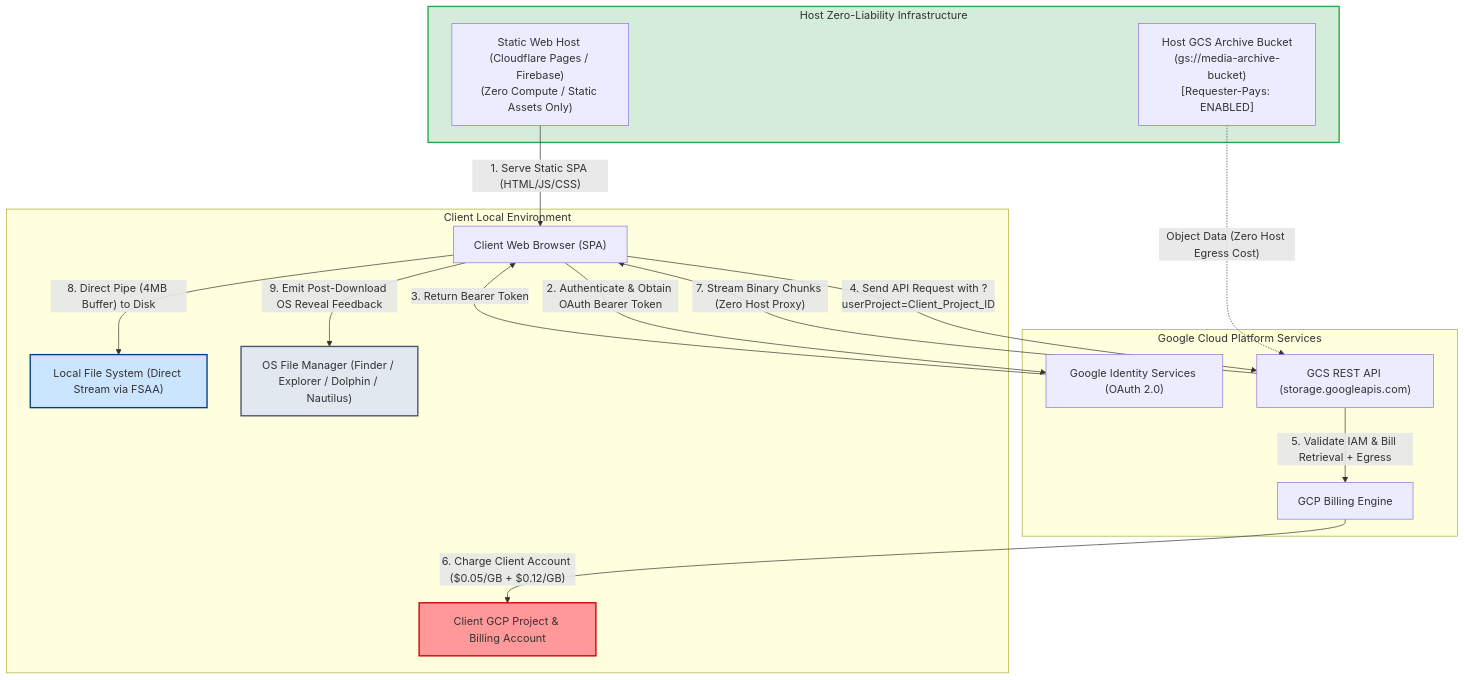
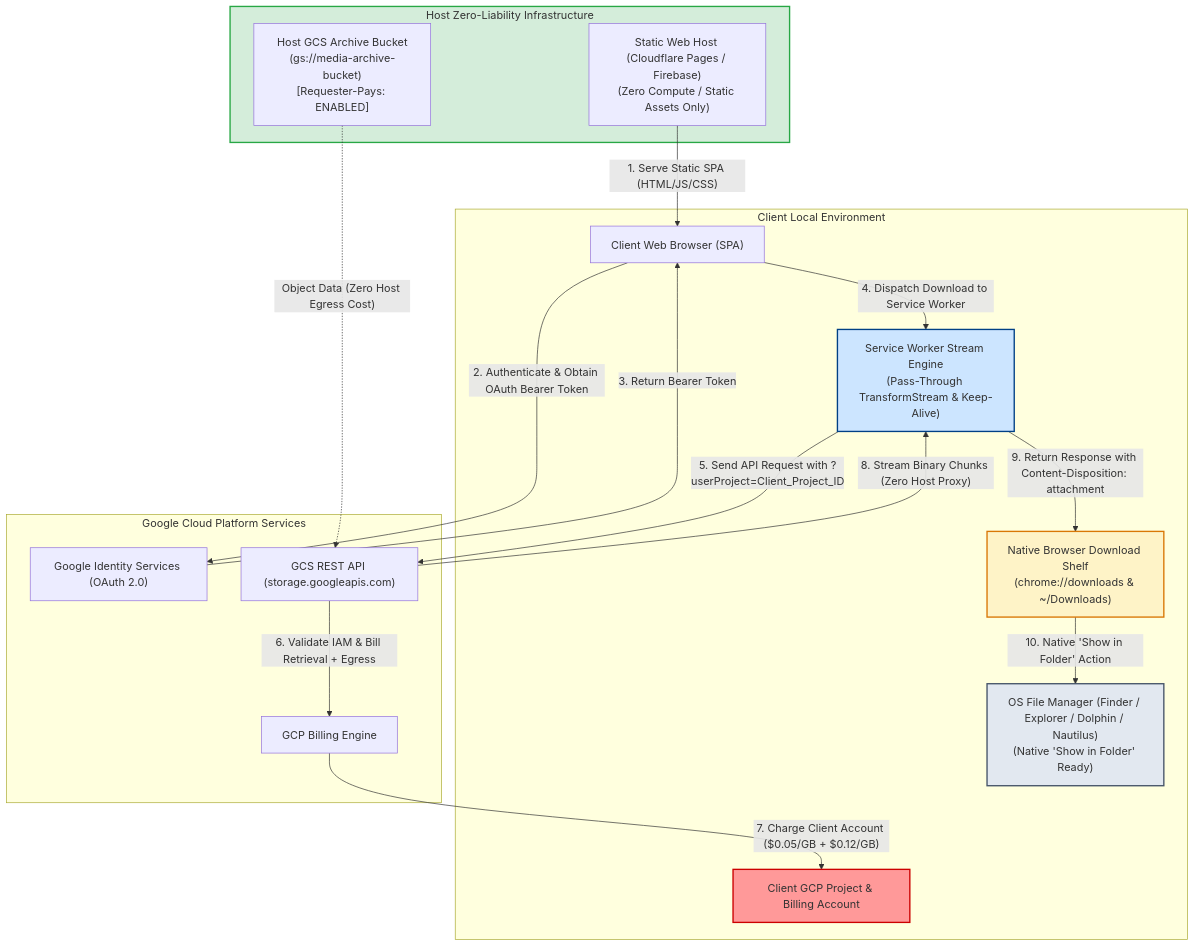
One commit to NovaLogicDev/FilesOfBaSingSe changed the first of 6 diagrams in docs/requirements/user_stories_specification.md. Above: the diagram before and after it, drawn with Mermaid. The commit also changed other lines of this file and 9 other files, not shown here.

Commit message:
docs: converge on resilient service worker streaming architecture and native browser download integration

````diff
--- a/docs/requirements/user_stories_specification.md
+++ b/docs/requirements/user_stories_specification.md
@@ -16,36 +16,39 @@
 ```mermaid
 flowchart TD
     subgraph ClientEnvironment ["Client Local Environment"]
         Browser["Client Web Browser (SPA)"]
-        Disk["Local File System (Direct Stream via FSAA)"]
-        OSFileManager["OS File Manager (Finder / Explorer / Dolphin / Nautilus)"]
+        SW["Service Worker Stream Engine\n(Pass-Through TransformStream & Keep-Alive)"]
+        BrowserDL["Native Browser Download Shelf\n(chrome://downloads & ~/Downloads)"]
+        OSFileManager["OS File Manager (Finder / Explorer / Dolphin / Nautilus)\n(Native 'Show in Folder' Ready)"]
         ClientGCP["Client GCP Project & Billing Account"]
     end
 
     subgraph HostEnvironment ["Host Zero-Liability Infrastructure"]
         HostGCS["Host GCS Archive Bucket\n(gs://media-archive-bucket)\n[Requester-Pays: ENABLED]"]
         StaticCDN["Static Web Host (Cloudflare Pages / Firebase)\n(Zero Compute / Static Assets Only)"]
     end
 
     subgraph GoogleCloud ["Google Cloud Platform Services"]
         GIS["Google Identity Services (OAuth 2.0)"]
         GCS_API["GCS REST API (storage.googleapis.com)"]
         GCP_Billing["GCP Billing Engine"]
     end
 
     StaticCDN -->|"1. Serve Static SPA (HTML/JS/CSS)"| Browser
     Browser -->|"2. Authenticate & Obtain OAuth Bearer Token"| GIS
     GIS -->|"3. Return Bearer Token"| Browser
-    Browser -->|"4. Send API Request with ?userProject=Client_Project_ID"| GCS_API
-    GCS_API -->|"5. Validate IAM & Bill Retrieval + Egress"| GCP_Billing
-    GCP_Billing -->|"6. Charge Client Account ($0.05/GB + $0.12/GB)"| ClientGCP
-    GCS_API -->|"7. Stream Binary Chunks (Zero Host Proxy)"| Browser
-    Browser -->|"8. Direct Pipe (4MB Buffer) to Disk"| Disk
-    Browser -->|"9. Emit Post-Download OS Reveal Feedback"| OSFileManager
+    Browser -->|"4. Dispatch Download to Service Worker"| SW
+    SW -->|"5. Send API Request with ?userProject=Client_Project_ID"| GCS_API
+    GCS_API -->|"6. Validate IAM & Bill Retrieval + Egress"| GCP_Billing
+    GCP_Billing -->|"7. Charge Client Account ($0.05/GB + $0.12/GB)"| ClientGCP
+    GCS_API -->|"8. Stream Binary Chunks (Zero Host Proxy)"| SW
+    SW -->|"9. Return Response with Content-Disposition: attachment"| BrowserDL
+    BrowserDL -->|"10. Native 'Show in Folder' Action"| OSFileManager
     HostGCS -.->|"Object Data (Zero Host Egress Cost)"| GCS_API
 
     style ClientGCP fill:#ff9999,stroke:#cc0000,stroke-width:2px;
     style HostEnvironment fill:#d4edda,stroke:#28a745,stroke-width:2px;
-    style Disk fill:#cce5ff,stroke:#004085,stroke-width:2px;
+    style SW fill:#cce5ff,stroke:#004085,stroke-width:2px;
+    style BrowserDL fill:#fef3c7,stroke:#d97706,stroke-width:2px;
     style OSFileManager fill:#e2e8f0,stroke:#475569,stroke-width:2px;
 ```
````
